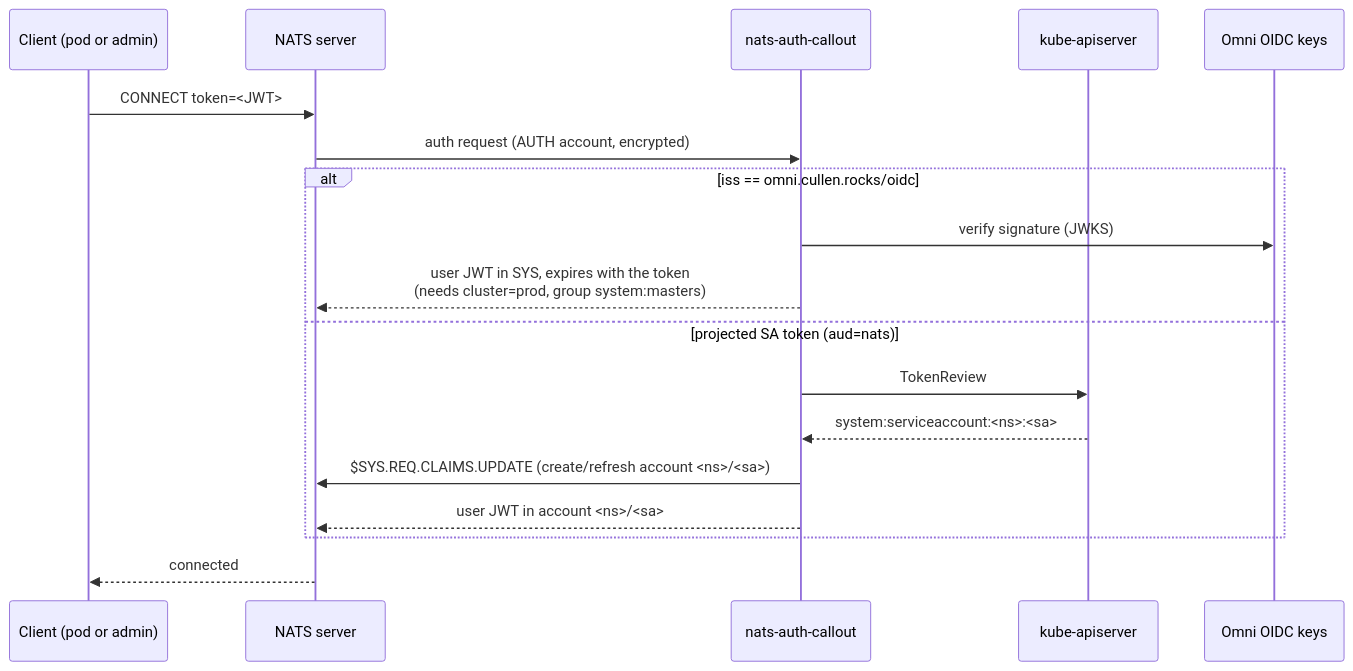
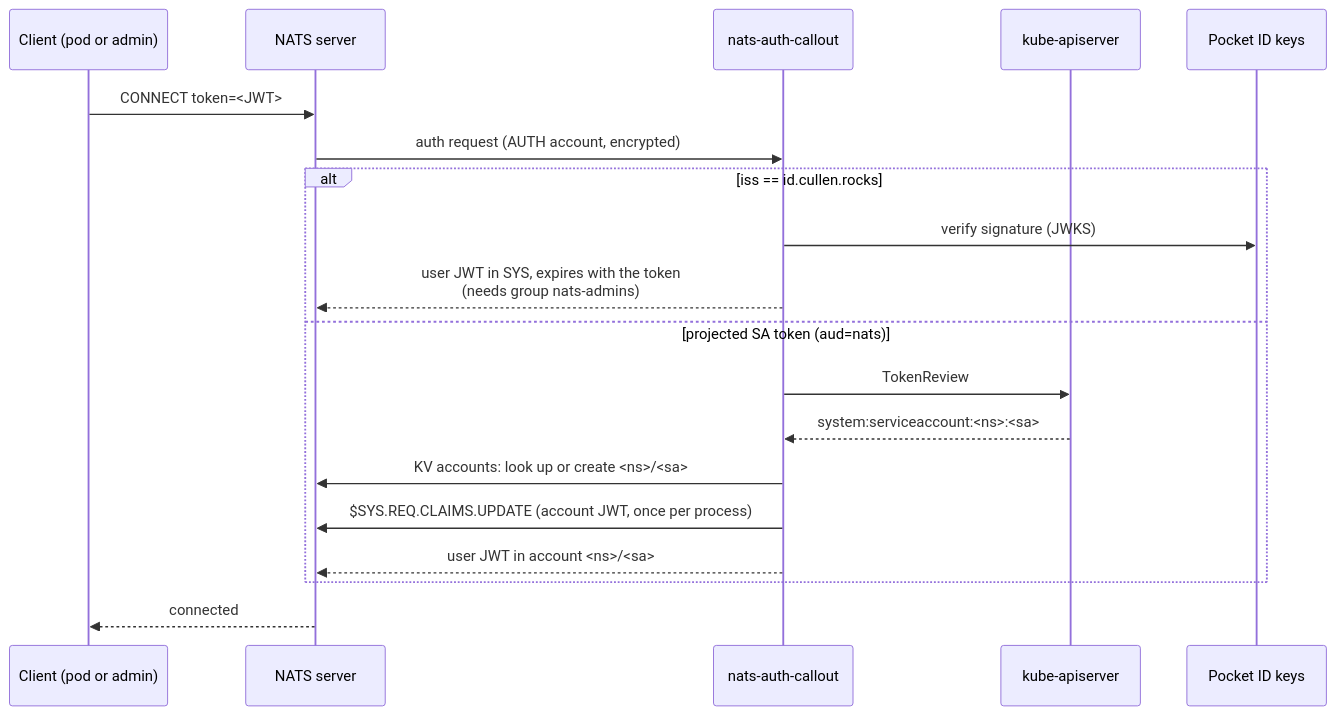
The diagram in README.md (cullenmcdermott/nats-auth-callout), drawn with Mermaid before and after one commit. The commit also changed other lines of this file and 2 other files, not shown here.

First line of the commit message:
Signing keys with stable account identities; Pocket ID admin login

````diff
--- a/README.md
+++ b/README.md
@@ -7,21 +7,22 @@
 ```mermaid
 sequenceDiagram
     participant C as Client (pod or admin)
     participant N as NATS server
     participant A as nats-auth-callout
     participant K as kube-apiserver
-    participant O as Omni OIDC keys
+    participant P as Pocket ID keys
 
     C->>N: CONNECT token=<JWT>
     N->>A: auth request (AUTH account, encrypted)
-    alt iss == omni.cullen.rocks/oidc
-        A->>O: verify signature (JWKS)
-        A-->>N: user JWT in SYS, expires with the token<br/>(needs cluster=prod, group system:masters)
+    alt iss == id.cullen.rocks
+        A->>P: verify signature (JWKS)
+        A-->>N: user JWT in SYS, expires with the token<br/>(needs group nats-admins)
     else projected SA token (aud=nats)
         A->>K: TokenReview
         K-->>A: system:serviceaccount:<ns>:<sa>
-        A->>N: $SYS.REQ.CLAIMS.UPDATE (create/refresh account <ns>/<sa>)
+        A->>N: KV accounts: look up or create <ns>/<sa>
+        A->>N: $SYS.REQ.CLAIMS.UPDATE (account JWT, once per process)
         A-->>N: user JWT in account <ns>/<sa>
     end
     N-->>C: connected
 ```
````
